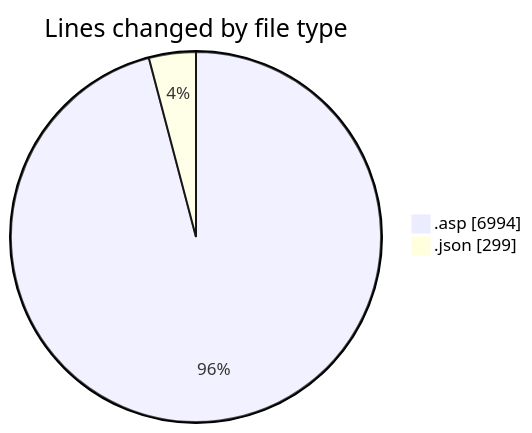
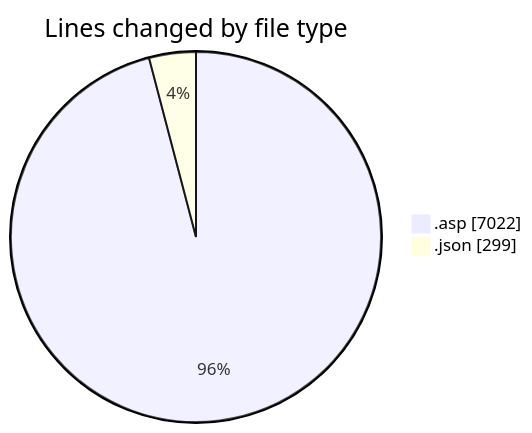
The first of 2 diagrams in 2025-11-15/usr_aleoudev_fr__workspace_/README.md (julien-gomy/code-tracking), drawn with Mermaid before and after one commit. The commit also changed other lines of this file and 1 other file, not shown here.

````diff
--- a/2025-11-15/usr_aleoudev_fr__workspace_/README.md
+++ b/2025-11-15/usr_aleoudev_fr__workspace_/README.md
@@ -26,6 +26,6 @@
 ```mermaid
 pie showData
 title Lines changed by file type
-".asp" : 6994
+".asp" : 7022
 ".json" : 299
 ```
````
